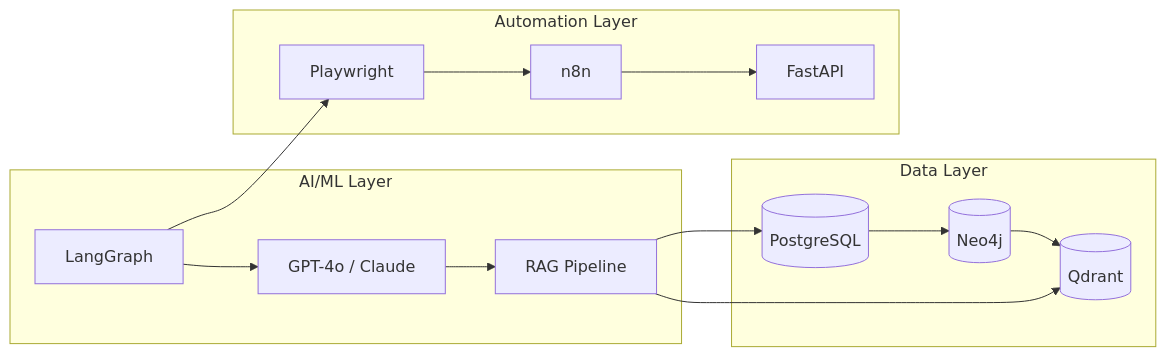
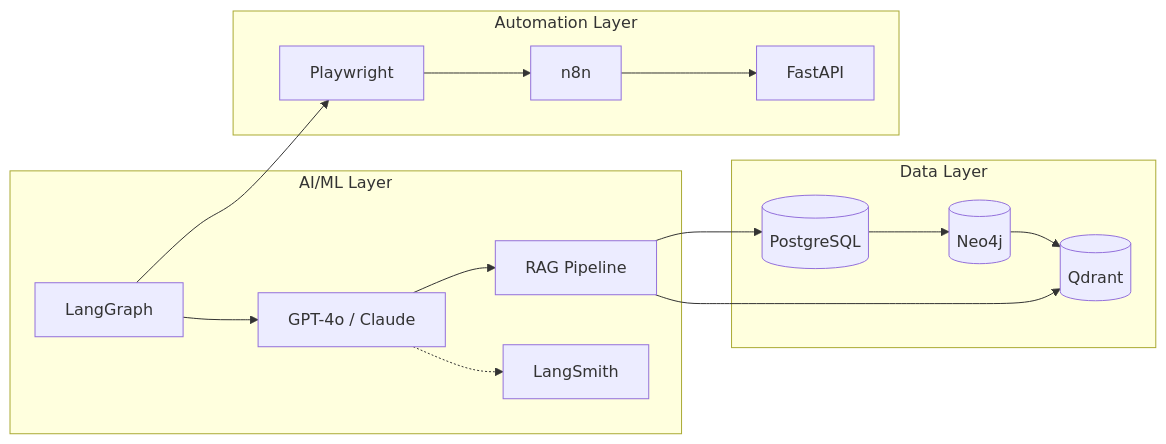
One commit to Kaangml/kaan-tech-stack changed the diagram in README.md. Above: the diagram before and after it, drawn with Mermaid. The commit also changed other lines of this file, not shown here.

````diff
--- a/README.md
+++ b/README.md
@@ -103,21 +105,22 @@
 ```mermaid
 graph LR
     subgraph "AI/ML Layer"
         A[LangGraph] --> B[GPT-4o / Claude]
         B --> C[RAG Pipeline]
+        B -.-> M[LangSmith]
     end
     
     subgraph "Data Layer"
         D[(PostgreSQL)] --> E[(Neo4j)]
         E --> F[(Qdrant)]
     end
     
     subgraph "Automation Layer"
         G[Playwright] --> H[n8n]
         H --> I[FastAPI]
     end
     
     C --> D
     C --> F
     A --> G
 ```
````
